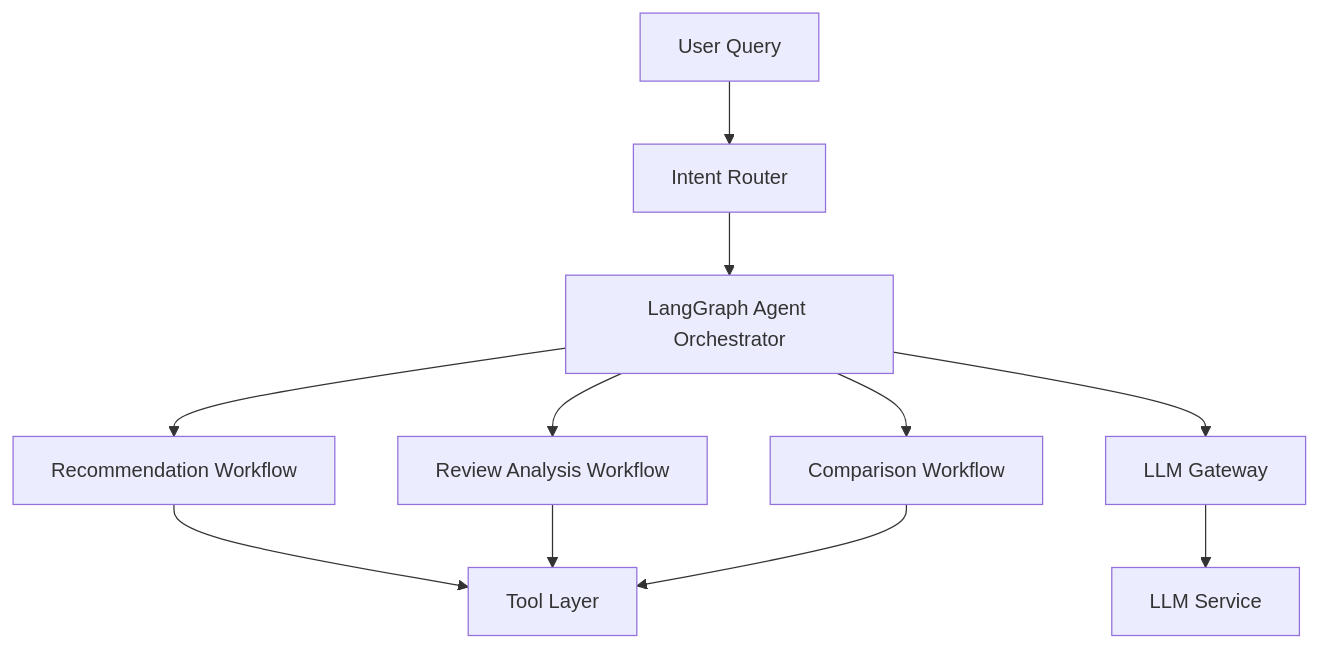
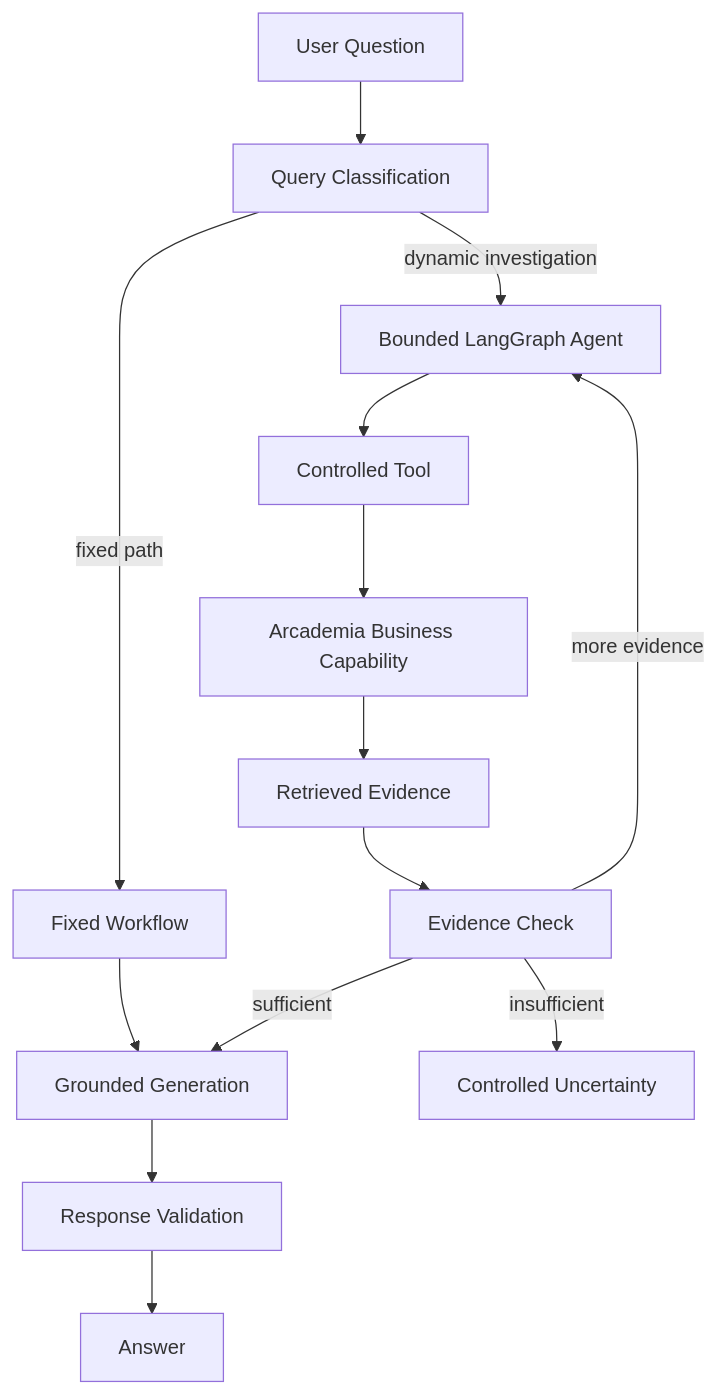
The seventh of 9 diagrams in docs/ArcademiaAI_Software_Design_Document.md (Rachit47/Arcademia-AI), drawn with Mermaid before and after one commit. The commit also changed other lines of this file, not shown here.

````diff
--- a/docs/ArcademiaAI_Software_Design_Document.md
+++ b/docs/ArcademiaAI_Software_Design_Document.md
@@ -1665,44 +806,22 @@
 ```mermaid
 flowchart TD
+    Query[User Question]
+    Classify[Query Classification]
+    Fixed[Fixed Workflow]
+    Agent[Bounded LangGraph Agent]
+    Tool[Controlled Tool]
+    Capability[Arcademia Business Capability]
+    Evidence[Retrieved Evidence]
+    Check[Evidence Check]
+    Generate[Grounded Generation]
+    Validate[Response Validation]
+    Answer[Answer]
+    Abstain[Controlled Uncertainty]
 
-User[User Query]
-
-Router[Intent Router]
-
-Orchestrator[LangGraph Agent Orchestrator]
-
-Recommendation[Recommendation Workflow]
-
-Review[Review Analysis Workflow]
-
-Comparison[Comparison Workflow]
-
-Tools[Tool Layer]
-
-LLMGateway[LLM Gateway]
-
-LLM[LLM Service]
-
-
-User --> Router
-
-Router --> Orchestrator
-
-Orchestrator --> Recommendation
-
-Orchestrator --> Review
-
-Orchestrator --> Comparison
-
-
-Recommendation --> Tools
-
-Review --> Tools
-
-Comparison --> Tools
-
-
-Orchestrator --> LLMGateway
-
-LLMGateway --> LLM
+    Query --> Classify
+    Classify -->|fixed path| Fixed --> Generate
+    Classify -->|dynamic investigation| Agent --> Tool --> Capability --> Evidence --> Check
+    Check -->|more evidence| Agent
+    Check -->|sufficient| Generate --> Validate --> Answer
+    Check -->|insufficient| Abstain
 ```
````
